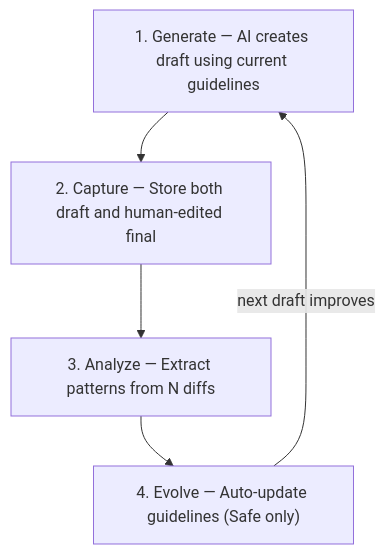
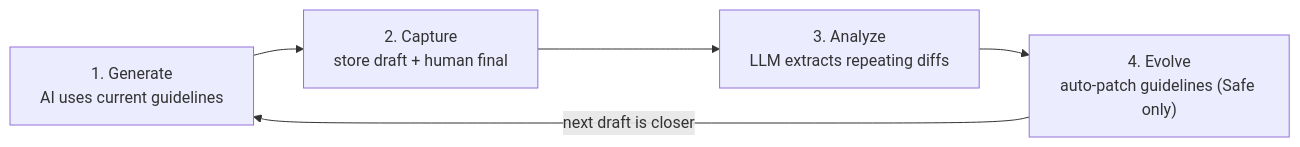
One commit to minjikim89/self-tuning-loop changed the diagram in README.md. Above: the diagram before and after it, drawn with Mermaid. The commit also changed other lines of this file and 1 other file, not shown here.

````diff
--- a/README.md
+++ b/README.md
@@ -15,8 +73,8 @@
 ```mermaid
-graph TD
-    G["1. Generate — AI creates draft using current guidelines"]
-    C["2. Capture — Store both draft and human-edited final"]
-    A["3. Analyze — Extract patterns from N diffs"]
-    E["4. Evolve — Auto-update guidelines (Safe only)"]
-    G --> C --> A --> E -->|"next draft improves"| G
+graph LR
+    G["1. Generate<br/>AI uses current guidelines"]
+    C["2. Capture<br/>store draft + human final"]
+    A["3. Analyze<br/>LLM extracts repeating diffs"]
+    E["4. Evolve<br/>auto-patch guidelines (Safe only)"]
+    G --> C --> A --> E -->|"next draft is closer"| G
 ```
````
